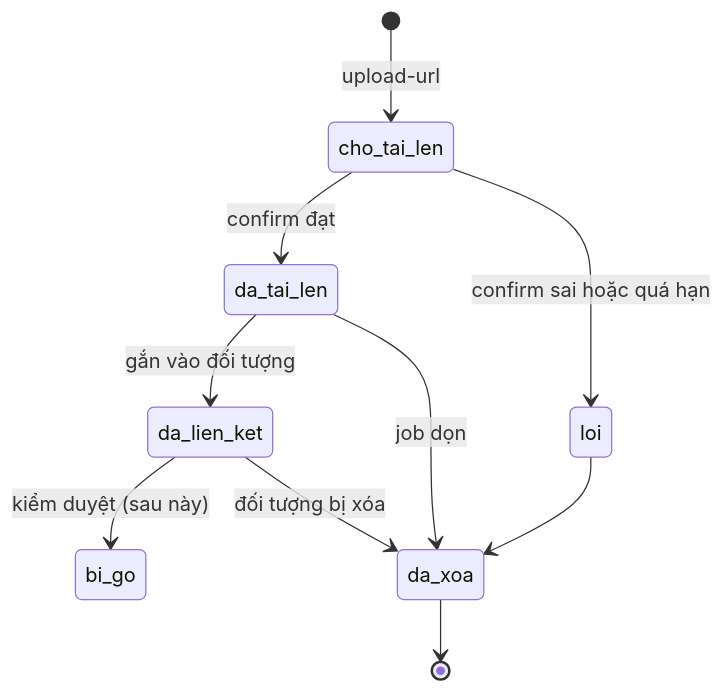
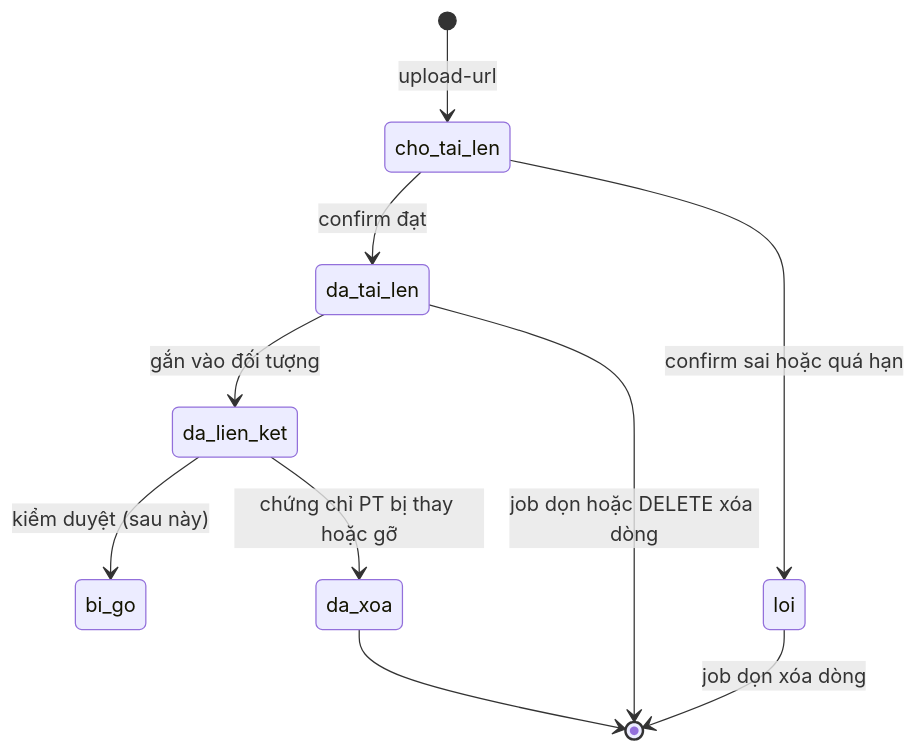
The third of 3 diagrams in docs/architecture/upload-file.md (ngongochuy2003/GymBase), drawn with Mermaid before and after one commit. The commit also changed other lines of this file and 1 other file, not shown here.

First line of the commit message:
docs(architecture): rà soát lại tài liệu upload file theo code và sửa các chỗ lệch

````diff
--- a/docs/architecture/upload-file.md
+++ b/docs/architecture/upload-file.md
@@ -104,12 +104,12 @@
 ```mermaid
 stateDiagram-v2
     [*] --> cho_tai_len : upload-url
     cho_tai_len --> da_tai_len : confirm đạt
     cho_tai_len --> loi : confirm sai hoặc quá hạn
     da_tai_len --> da_lien_ket : gắn vào đối tượng
     da_lien_ket --> bi_go : kiểm duyệt (sau này)
-    da_tai_len --> da_xoa : job dọn
-    loi --> da_xoa
-    da_lien_ket --> da_xoa : đối tượng bị xóa
+    da_tai_len --> [*] : job dọn hoặc DELETE xóa dòng
+    loi --> [*] : job dọn xóa dòng
+    da_lien_ket --> da_xoa : chứng chỉ PT bị thay hoặc gỡ
     da_xoa --> [*]
 ```
````
